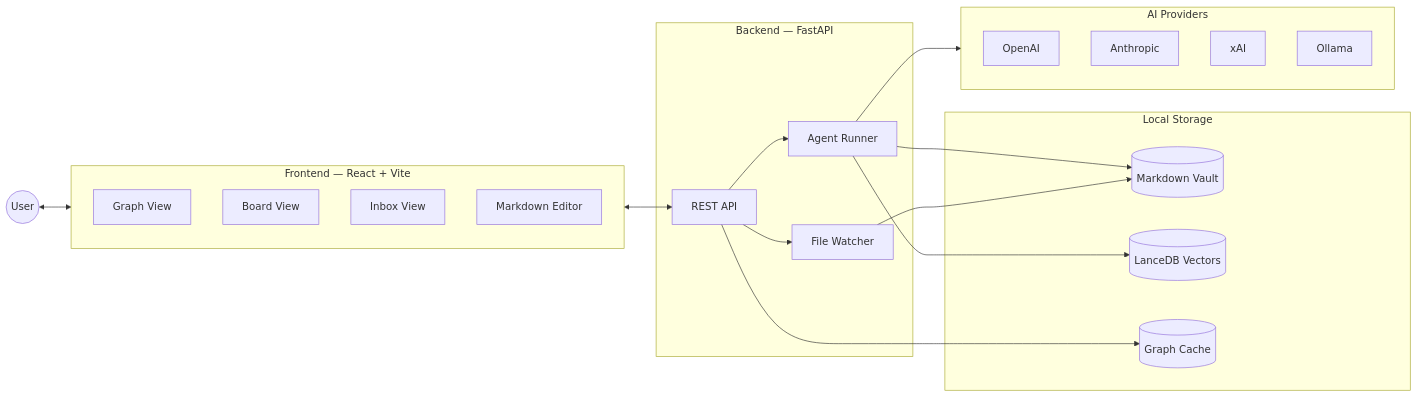
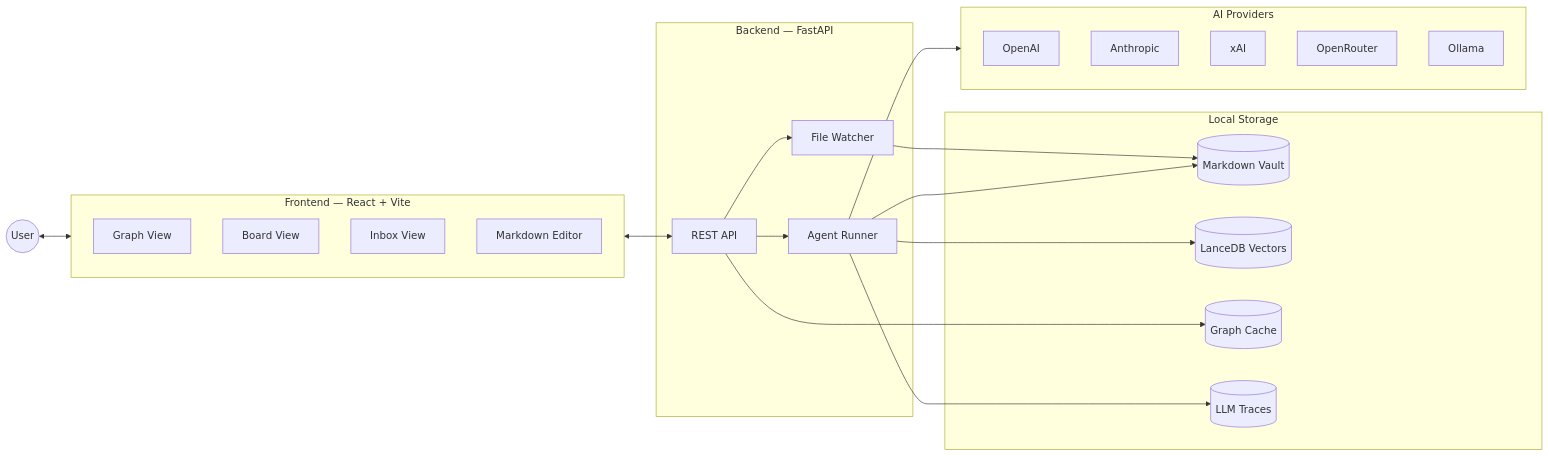
The first of 7 diagrams in README.md (Mpawlowski5467/Loom), drawn with Mermaid before and after one commit. The commit also changed other lines of this file and 29 other files, not shown here.

````diff
--- a/README.md
+++ b/README.md
@@ -34,40 +34,43 @@
 ```mermaid
 flowchart LR
     User((User))
 
     subgraph Frontend["Frontend — React + Vite"]
         Graph[Graph View]
         Board[Board View]
         Inbox[Inbox View]
         Editor[Markdown Editor]
     end
 
     subgraph Backend["Backend — FastAPI"]
         API[REST API]
         Runner[Agent Runner]
         Watcher[File Watcher]
     end
 
     subgraph Storage["Local Storage"]
         Vault[(Markdown Vault)]
         Index[(LanceDB Vectors)]
         Cache[(Graph Cache)]
+        Traces[(LLM Traces)]
     end
 
     subgraph Providers["AI Providers"]
         OpenAI
         Anthropic
         xAI
+        OpenRouter
         Ollama
     end
 
     User <--> Frontend
     Frontend <--> API
     API --> Runner
     API --> Watcher
     Runner --> Providers
     Runner --> Vault
     Runner --> Index
+    Runner --> Traces
     Watcher --> Vault
     API --> Cache
 ```
````
